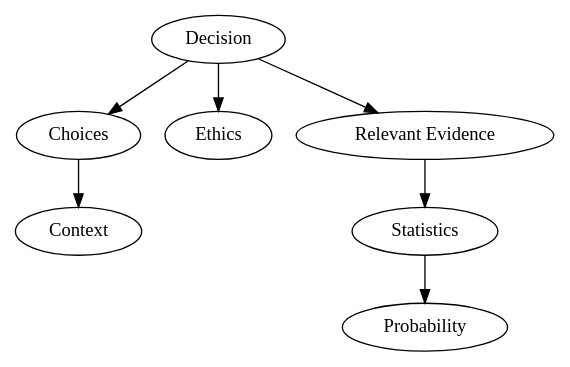
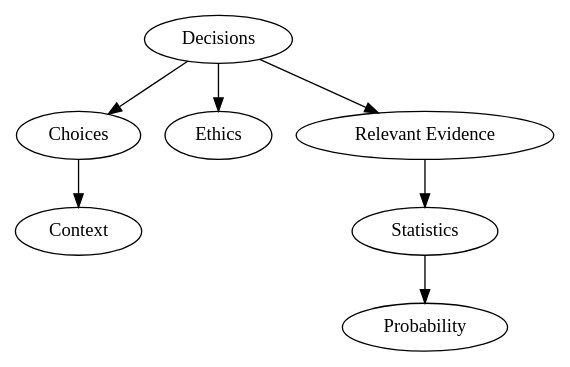
One commit to freeman42x/formalize-all-the-things changed the diagram in Concepts/Abstract.dot. Above: the diagram before and after it, drawn with Graphviz.

```diff
--- a/Concepts/Abstract.dot
+++ b/Concepts/Abstract.dot
@@ -1,8 +1,8 @@
 digraph G {
-  "Decision" -> "Choices";
+  "Decisions" -> "Choices";
+  "Decisions" -> "Ethics";
+  "Decisions" -> "Relevant Evidence";
   "Choices" -> "Context";
-  "Decision" -> "Ethics";
-  "Decision" -> "Relevant Evidence";
   "Relevant Evidence" -> "Statistics";
   "Statistics" -> "Probability";
 }
```
